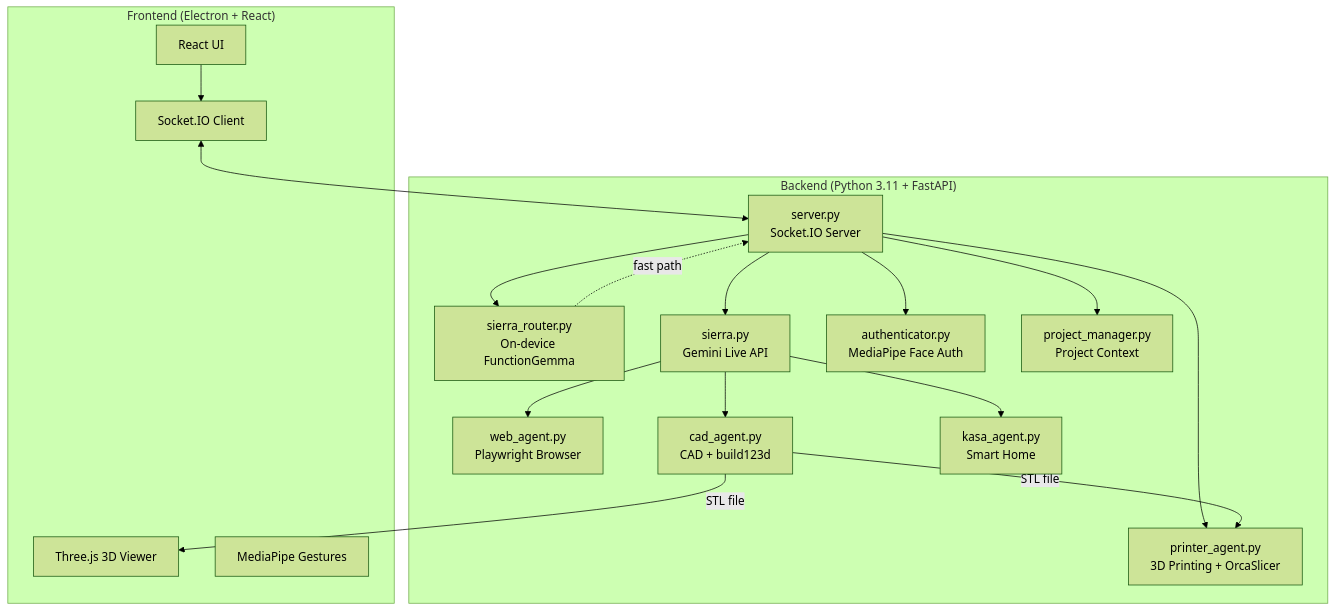
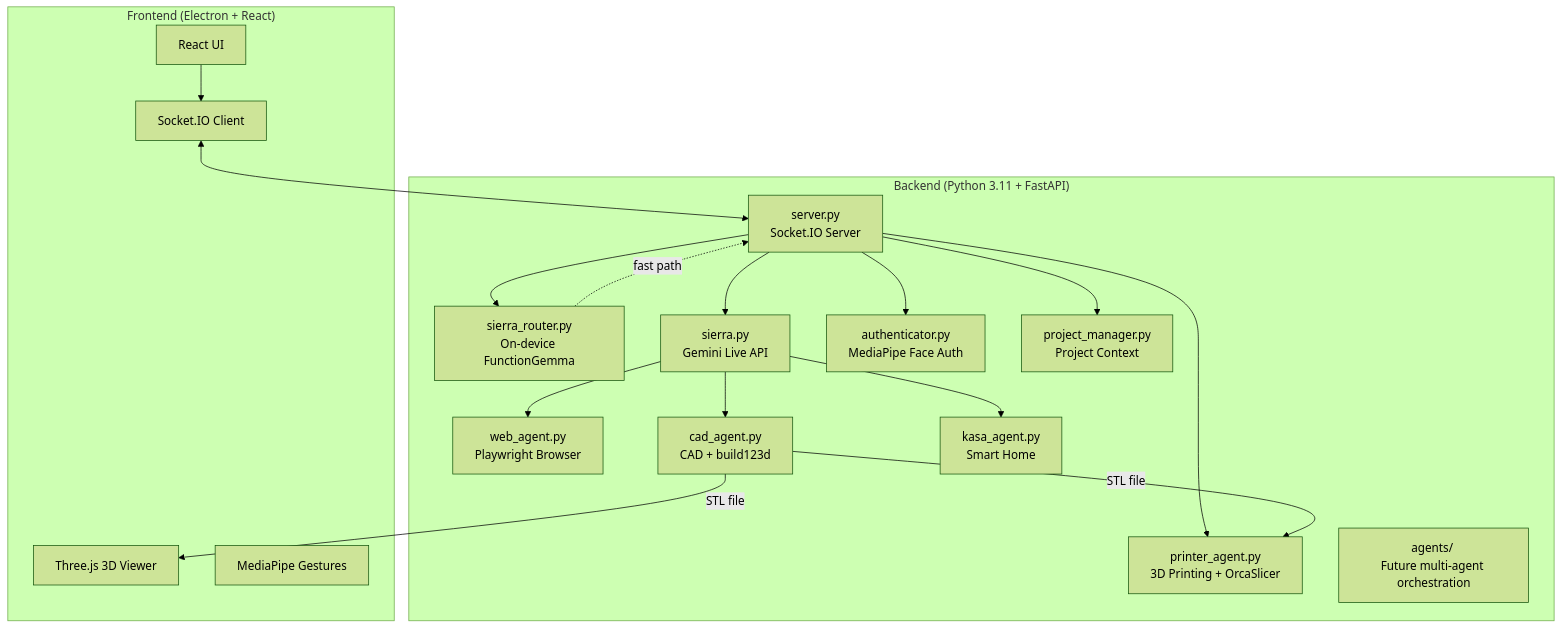
One commit to macmoore0603/Sierra changed the diagram in README.md. Above: the diagram before and after it, drawn with Mermaid (forest theme). The commit also changed other lines of this file, not shown here.

Commit message:
Update README.md: Add Sierra Vision section, Recent Improvements, expand capabilities & architecture for personal integrations & safety, update project structure, polish for clarity and alignment with making Sierra the ultimate personal AI agent. Iterative improvement push.

````diff
--- a/README.md
+++ b/README.md
@@ -45,35 +68,36 @@
 ```mermaid
 graph TB
     subgraph Frontend ["Frontend (Electron + React)"]
         UI[React UI]
         THREE[Three.js 3D Viewer]
         GESTURE[MediaPipe Gestures]
         SOCKET_C[Socket.IO Client]
     end
     
     subgraph Backend ["Backend (Python 3.11 + FastAPI)"]
         SERVER[server.py<br/>Socket.IO Server]
         ROUTER[sierra_router.py<br/>On-device FunctionGemma]
         Sierra[sierra.py<br/>Gemini Live API]
         WEB[web_agent.py<br/>Playwright Browser]
         CAD[cad_agent.py<br/>CAD + build123d]
         PRINTER[printer_agent.py<br/>3D Printing + OrcaSlicer]
         KASA[kasa_agent.py<br/>Smart Home]
         AUTH[authenticator.py<br/>MediaPipe Face Auth]
         PM[project_manager.py<br/>Project Context]
+        AGENTS[agents/ <br/>Future multi-agent orchestration]
     end
     
     UI --> SOCKET_C
     SOCKET_C <--> SERVER
     SERVER --> ROUTER
     ROUTER -.fast path.-> SERVER
     SERVER --> Sierra
     Sierra --> WEB
     Sierra --> CAD
     Sierra --> KASA
     SERVER --> AUTH
     SERVER --> PM
     SERVER --> PRINTER
     CAD -->|STL file| THREE
     CAD -->|STL file| PRINTER
 ```
````
